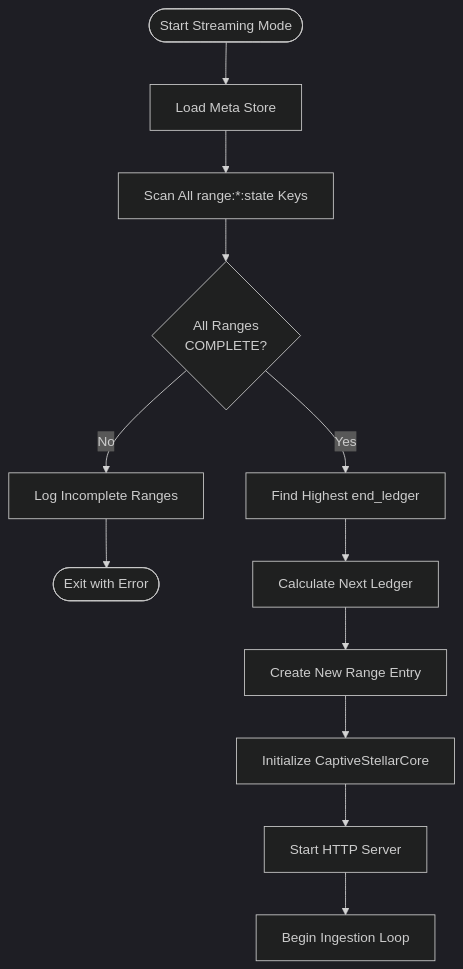
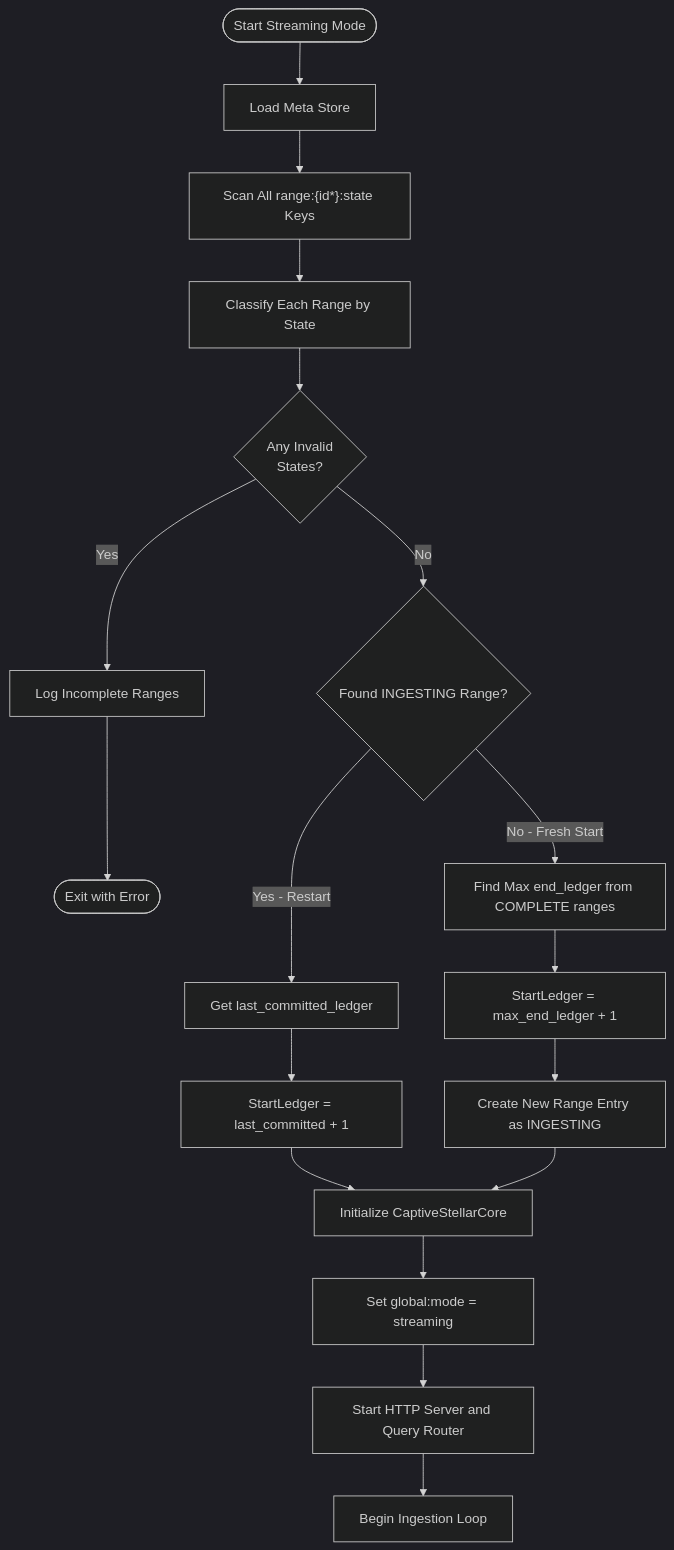
One commit to karthikiyer56/stellar-full-history-ingestion changed the first of 3 diagrams in design-docs/04-streaming-workflow.md. Above: the diagram before and after it, drawn with Mermaid (dark theme). The commit also changed other lines of this file and 2 other files, not shown here.

````diff
--- a/design-docs/04-streaming-workflow.md
+++ b/design-docs/04-streaming-workflow.md
@@ -63,16 +138,26 @@
 ```mermaid
 flowchart TD
     Start([Start Streaming Mode]) --> LoadMeta[Load Meta Store]
-    LoadMeta --> ScanRanges[Scan All range:*:state Keys]
-    ScanRanges --> CheckGaps{All Ranges<br/>COMPLETE?}
+    LoadMeta --> ScanRanges["Scan All range:{id*}:state Keys"]
     
-    CheckGaps -->|No| LogError[Log Incomplete Ranges]
+    ScanRanges --> ClassifyRanges[Classify Each Range by State]
+    ClassifyRanges --> CheckInvalid{Any Invalid<br/>States?}
+    
+    CheckInvalid -->|Yes| LogError[Log Incomplete Ranges]
     LogError --> Exit1([Exit with Error])
     
-    CheckGaps -->|Yes| FindLast[Find Highest end_ledger]
-    FindLast --> CalcNext[Calculate Next Ledger]
-    CalcNext --> CreateRange[Create New Range Entry]
+    CheckInvalid -->|No| CheckIngesting{Found INGESTING Range?}
+    
+    CheckIngesting -->|Yes - Restart| GetLastCommitted[Get last_committed_ledger]
+    GetLastCommitted --> CalcResumeA[StartLedger = last_committed + 1]
+    CalcResumeA --> InitCore
+    
+    CheckIngesting -->|No - Fresh Start| FindMaxEnd[Find Max end_ledger from COMPLETE ranges]
+    FindMaxEnd --> CalcResumeB[StartLedger = max_end_ledger + 1]
+    CalcResumeB --> CreateRange[Create New Range Entry as INGESTING]
     CreateRange --> InitCore[Initialize CaptiveStellarCore]
-    InitCore --> StartHTTP[Start HTTP Server]
+    
+    InitCore --> UpdateMode[Set global:mode = streaming]
+    UpdateMode --> StartHTTP[Start HTTP Server and Query Router]
     StartHTTP --> BeginLoop[Begin Ingestion Loop]
 ```
````
